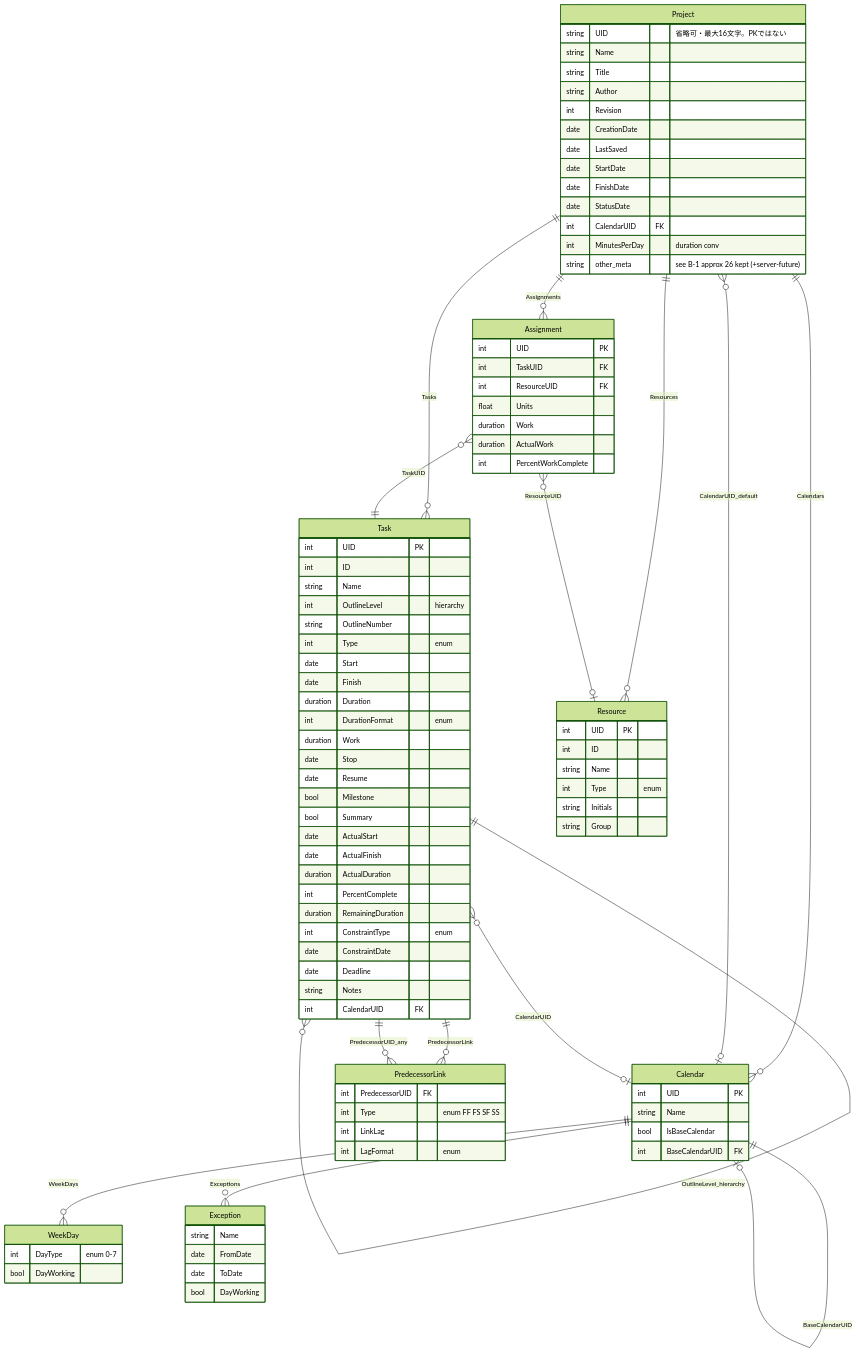
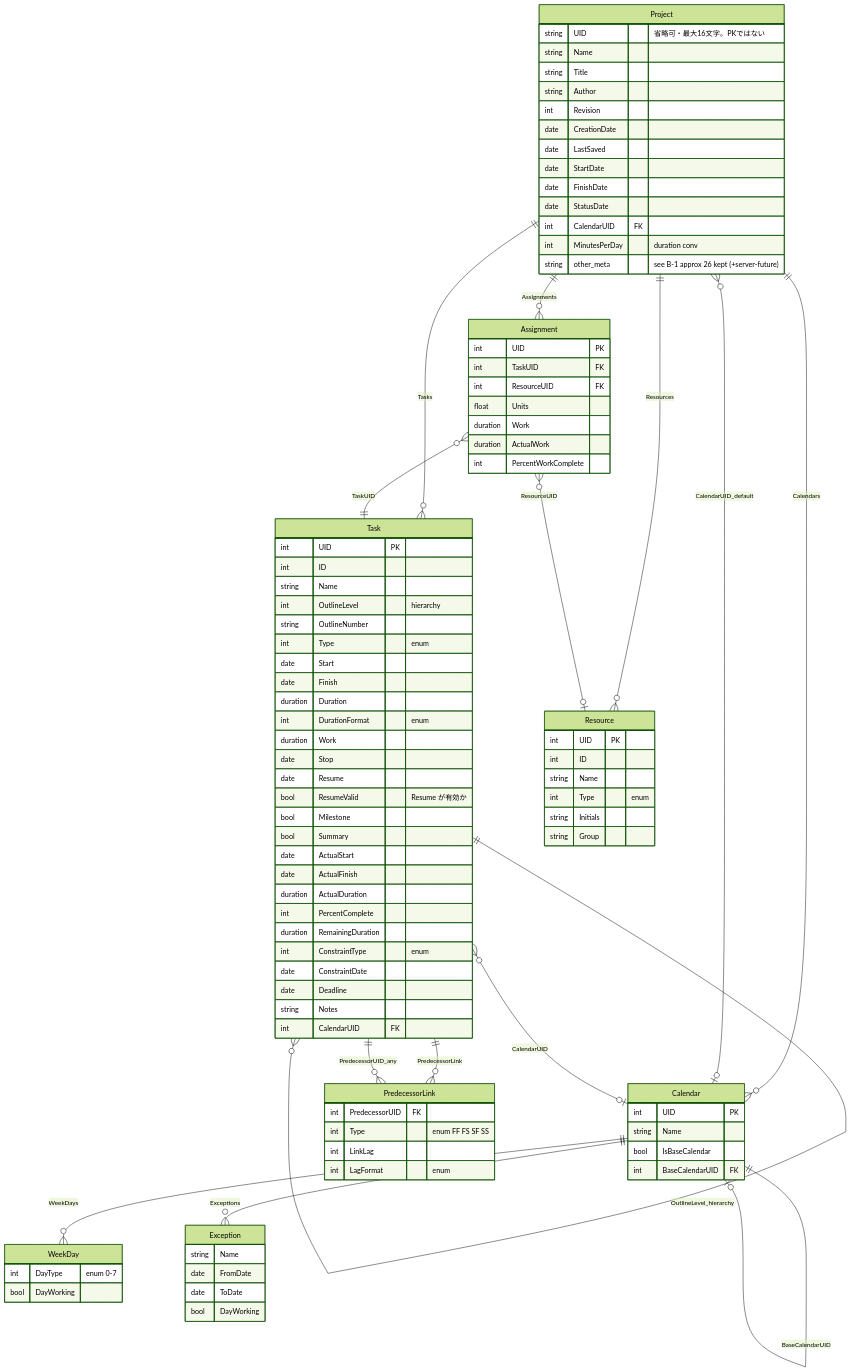
Before and after one commit to GoodRelax/gr-scheduler: the diagram in handover/01-mspdi/mspdi-tables.md, drawn with Mermaid (forest theme). The commit also changed other lines of this file and 4 other files, not shown here.

First line of the commit message:
Correct MSPDI reference against the schema

```diff
--- a/handover/01-mspdi/mspdi-tables.md
+++ b/handover/01-mspdi/mspdi-tables.md
@@ -156,6 +160,7 @@
         duration Work
         date Stop
         date Resume
+        bool ResumeValid "Resume が有効か"
         bool Milestone
         bool Summary
         date ActualStart
```
